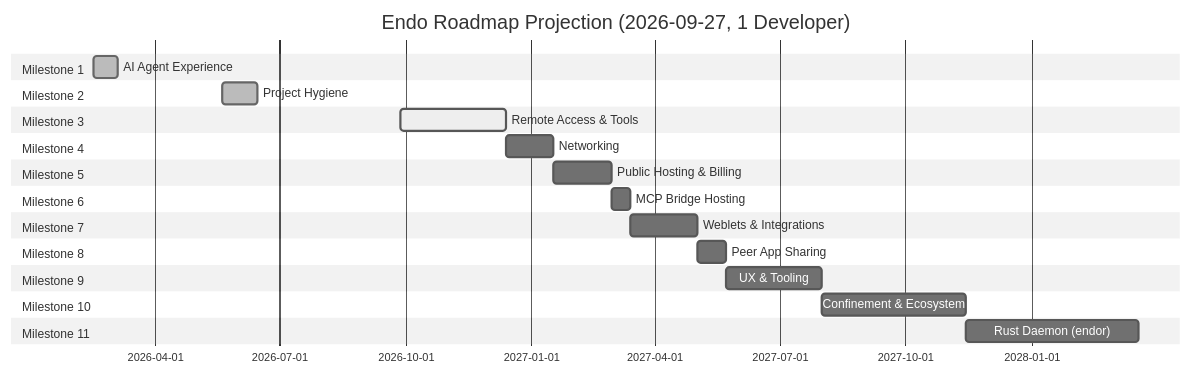
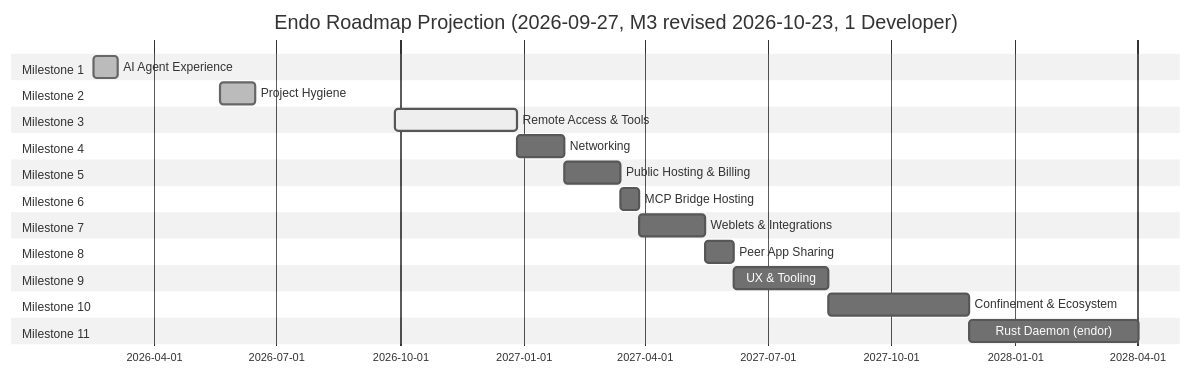
One commit to endojs/endo-but-for-bots changed the second of 2 diagrams in designs/README.md. Above: the diagram before and after it, drawn with Mermaid (neutral theme). The commit also changed other lines of this file and 4 other files, not shown here.

````diff
--- a/designs/README.md
+++ b/designs/README.md
@@ -2145,38 +2176,38 @@
 ```mermaid
 gantt
-    title Endo Roadmap Projection (2026-09-27, 1 Developer)
+    title Endo Roadmap Projection (2026-09-27, M3 revised 2026-10-23, 1 Developer)
     dateFormat YYYY-MM-DD
 
     section Milestone 1
     AI Agent Experience           :done, m1, 2026-02-15, 2026-03-05
 
     section Milestone 2
     Project Hygiene               :done, m2, 2026-05-20, 2026-06-15
 
     section Milestone 3
-    Remote Access & Tools         :active, m3, 2026-09-27, 11w
+    Remote Access & Tools         :active, m3, 2026-09-27, 13w
 
     section Milestone 4
     Networking                    :m4, after m3, 5w
 
     section Milestone 5
     Public Hosting & Billing      :m5, after m4, 6w
 
     section Milestone 6
     MCP Bridge Hosting            :m6, after m5, 2w
 
     section Milestone 7
     Weblets & Integrations        :m7, after m6, 7w
 
     section Milestone 8
     Peer App Sharing              :m8, after m7, 3w
 
     section Milestone 9
     UX & Tooling                  :m9, after m8, 10w
 
     section Milestone 10
     Confinement & Ecosystem       :m10, after m9, 15w
 
     section Milestone 11
     Rust Daemon (endor)           :m11, after m10, 18w
 ```
````
